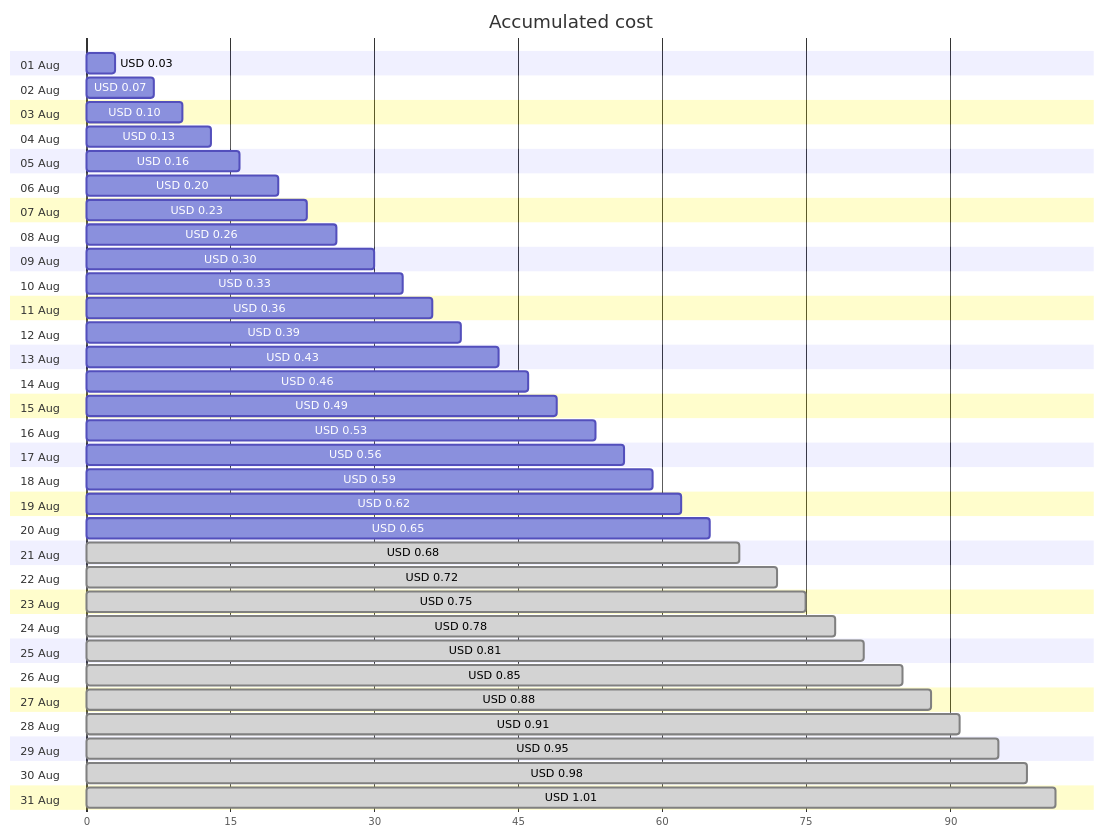
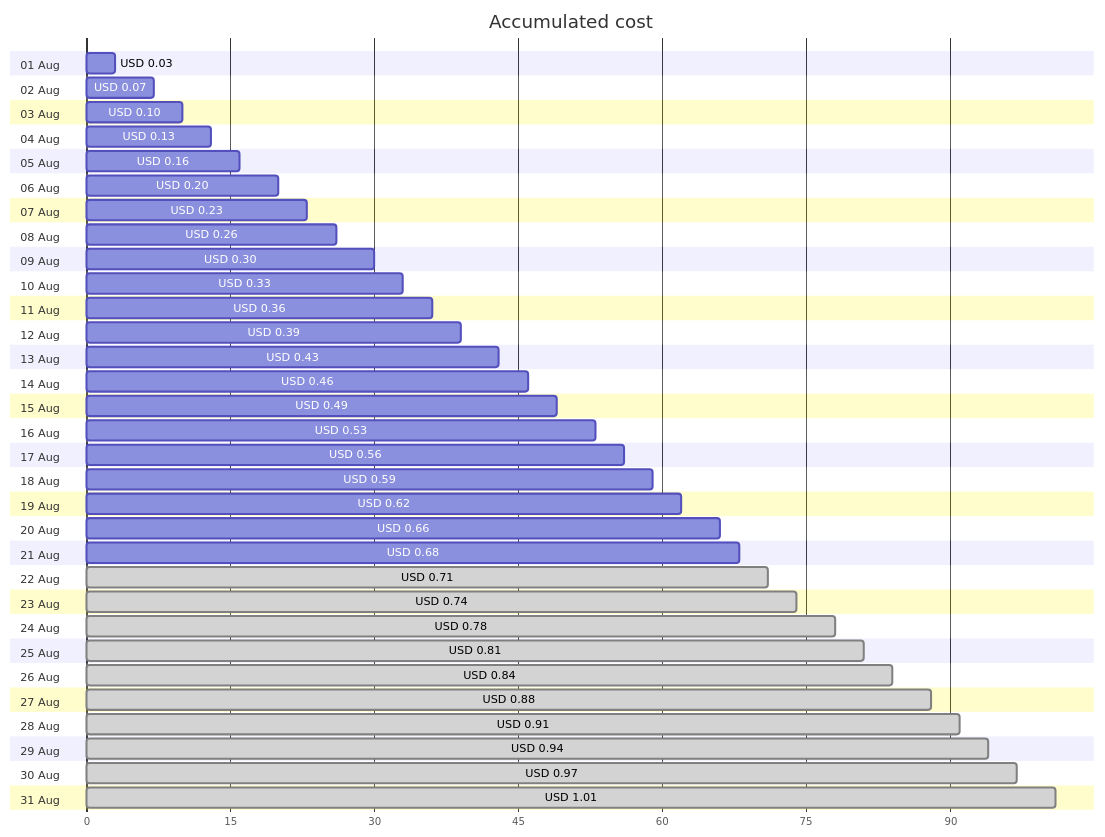
The first of 4 diagrams in cost-reports/personal-dns/README.md (jpfulton/azure-personal-reports), drawn with Mermaid before and after one commit. The commit also changed other lines of this file and 2 other files, not shown here.

````diff
--- a/cost-reports/personal-dns/README.md
+++ b/cost-reports/personal-dns/README.md
@@ -20,68 +20,68 @@
 ```mermaid
 gantt
    title Accumulated cost
    dateFormat  X
    axisFormat %s
    section 01 Aug
    USD 0.03 :0, 3
    section 02 Aug
    USD 0.07 :0, 7
    section 03 Aug
    USD 0.10 :0, 10
    section 04 Aug
    USD 0.13 :0, 13
    section 05 Aug
    USD 0.16 :0, 16
    section 06 Aug
    USD 0.20 :0, 20
    section 07 Aug
    USD 0.23 :0, 23
    section 08 Aug
    USD 0.26 :0, 26
    section 09 Aug
    USD 0.30 :0, 30
    section 10 Aug
    USD 0.33 :0, 33
    section 11 Aug
    USD 0.36 :0, 36
    section 12 Aug
    USD 0.39 :0, 39
    section 13 Aug
    USD 0.43 :0, 43
    section 14 Aug
    USD 0.46 :0, 46
    section 15 Aug
    USD 0.49 :0, 49
    section 16 Aug
    USD 0.53 :0, 53
    section 17 Aug
    USD 0.56 :0, 56
    section 18 Aug
    USD 0.59 :0, 59
    section 19 Aug
    USD 0.62 :0, 62
    section 20 Aug
-   USD 0.65 :0, 65
+   USD 0.66 :0, 66
    section 21 Aug
-   USD 0.68 : done, 0, 68
+   USD 0.68 :0, 68
    section 22 Aug
-   USD 0.72 : done, 0, 72
+   USD 0.71 : done, 0, 71
    section 23 Aug
-   USD 0.75 : done, 0, 75
+   USD 0.74 : done, 0, 74
    section 24 Aug
    USD 0.78 : done, 0, 78
    section 25 Aug
    USD 0.81 : done, 0, 81
    section 26 Aug
-   USD 0.85 : done, 0, 85
+   USD 0.84 : done, 0, 84
    section 27 Aug
    USD 0.88 : done, 0, 88
    section 28 Aug
    USD 0.91 : done, 0, 91
    section 29 Aug
-   USD 0.95 : done, 0, 95
+   USD 0.94 : done, 0, 94
    section 30 Aug
-   USD 0.98 : done, 0, 98
+   USD 0.97 : done, 0, 97
    section 31 Aug
    USD 1.01 : done, 0, 101
 ```
````
